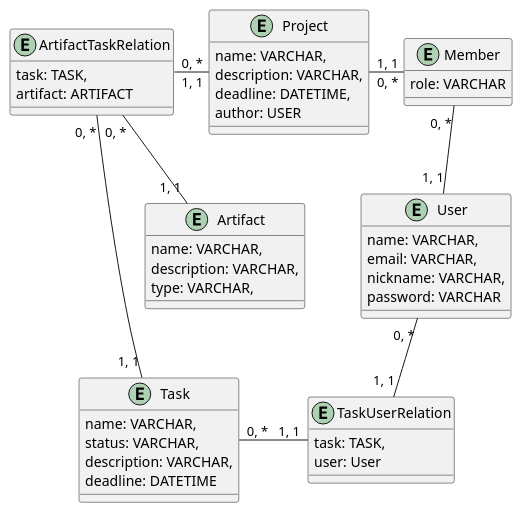
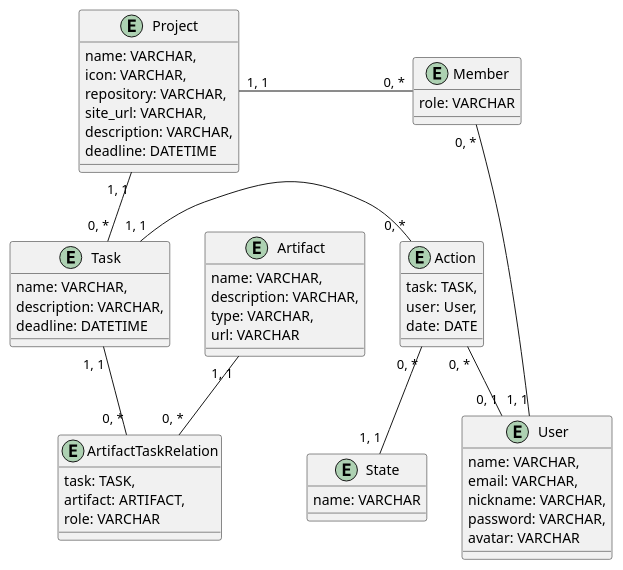
Before and after one commit to dmitriy-uvin/database_basics_template: the diagram in src/uml/ER_2.puml, drawn with PlantUML.

```diff
--- a/src/uml/ER_2.puml
+++ b/src/uml/ER_2.puml
@@ -1,47 +1,60 @@
 @startuml
   entity Member {
     role: VARCHAR
   }    
   entity Task {
     name: VARCHAR,
-    status: VARCHAR,
     description: VARCHAR,
     deadline: DATETIME
   }
   entity User {
     name: VARCHAR,
     email: VARCHAR,
     nickname: VARCHAR,
-    password: VARCHAR
+    password: VARCHAR,
+    avatar: VARCHAR
   }
   entity Project {
     name: VARCHAR,
+    icon: VARCHAR,
+    repository: VARCHAR,
+    site_url: VARCHAR,
     description: VARCHAR,
-    deadline: DATETIME,
-    author: USER
+    deadline: DATETIME
   }
   entity Artifact {
     name: VARCHAR,
     description: VARCHAR,
     type: VARCHAR,
+    url: VARCHAR
   }
-  entity TaskUserRelation {
+  entity Action {
     task: TASK,
-    user: User
+    user: User,
+    date: DATE
   }
+  
+  entity State {
+    name: VARCHAR
+  } 
+  
   entity ArtifactTaskRelation {
     task: TASK,
-    artifact: ARTIFACT
+    artifact: ARTIFACT,
+    role: VARCHAR
   }
   
-  User "0, *" -d- "1, 1" TaskUserRelation
-  Task "0, *" -r- "1, 1" TaskUserRelation
+  Action "0, *" -d- "0, 1" User
+  Action "0, *" -l- "1, 1" Task
   
-  Artifact "1, 1" -u- "0, *" ArtifactTaskRelation
-  Task "1, 1" -u- "0, *" ArtifactTaskRelation
+  Artifact "1, 1" -- "0, *" ArtifactTaskRelation
+  Task "1, 1" -- "0, *" ArtifactTaskRelation
   
   
-  ArtifactTaskRelation "0, *" -r- "1, 1" Project
   Member "0, *" -l- "1, 1" Project
   Member "0, *" -d- "1, 1" User
+  
+  Action "0, *" -- "1, 1" State 
+  
+  Task "0, *" -u- "1, 1" Project
 @enduml
```
